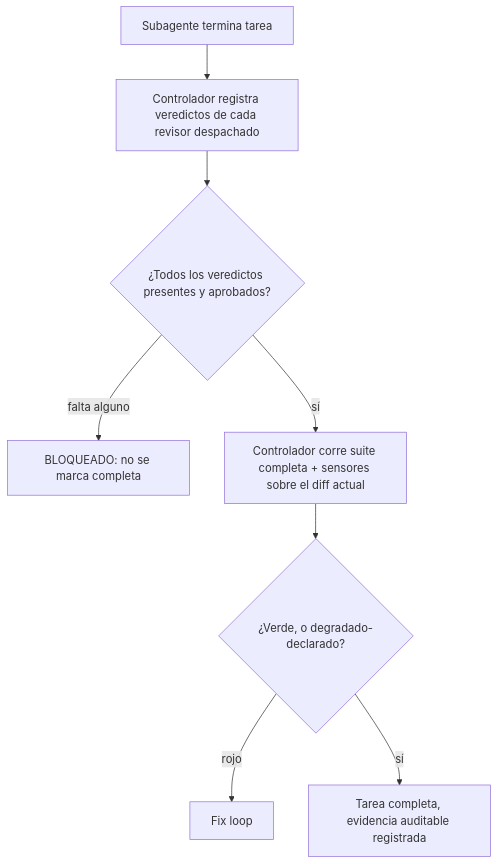
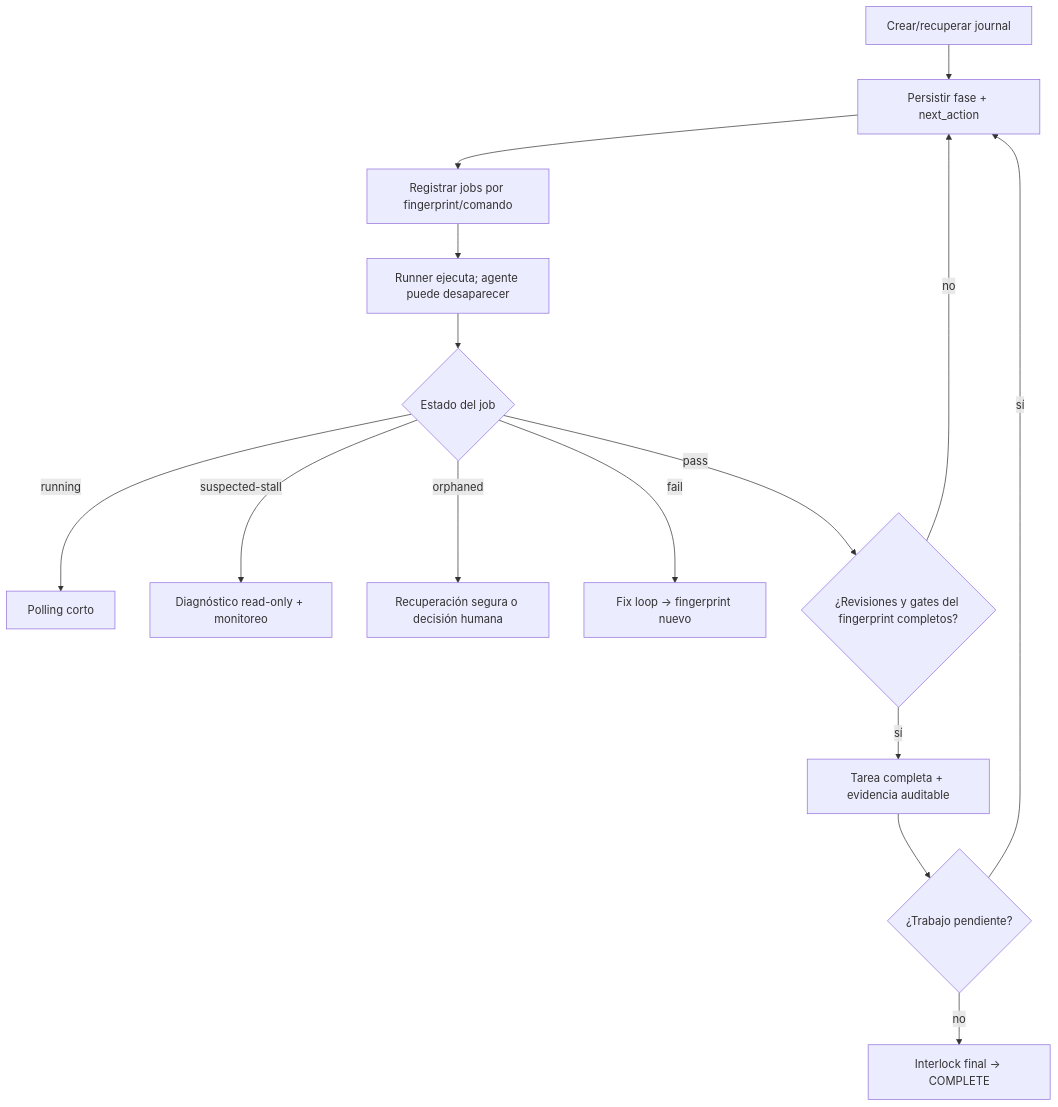
Before and after one commit to Kodria/agentic-workflow: the second of 2 diagrams in docs/plans/2026-07-30-sdd-cycle-optimization-brief.md, drawn with Mermaid. The commit also changed other lines of this file, not shown here.

````diff
--- a/docs/plans/2026-07-30-sdd-cycle-optimization-brief.md
+++ b/docs/plans/2026-07-30-sdd-cycle-optimization-brief.md
@@ -120,10 +146,17 @@
 ```mermaid
 flowchart TD
-    A[Subagente termina tarea] --> B[Controlador registra veredictos de cada revisor despachado]
-    B --> C{¿Todos los veredictos presentes y aprobados?}
-    C -->|falta alguno| D[BLOQUEADO: no se marca completa]
-    C -->|sí| E[Controlador corre suite completa + sensores sobre el diff actual]
-    E --> F{¿Verde, o degradado-declarado?}
-    F -->|rojo| G[Fix loop]
-    F -->|sí| H[Tarea completa, evidencia auditable registrada]
+    A[Crear/recuperar journal] --> B[Persistir fase + next_action]
+    B --> C[Registrar jobs por fingerprint/comando]
+    C --> D[Runner ejecuta; agente puede desaparecer]
+    D --> E{Estado del job}
+    E -->|running| F[Polling corto]
+    E -->|suspected-stall| G[Diagnóstico read-only + monitoreo]
+    E -->|orphaned| H[Recuperación segura o decisión humana]
+    E -->|fail| I[Fix loop → fingerprint nuevo]
+    E -->|pass| J{¿Revisiones y gates del fingerprint completos?}
+    J -->|no| B
+    J -->|sí| K[Tarea completa + evidencia auditable]
+    K --> L{¿Trabajo pendiente?}
+    L -->|sí| B
+    L -->|no| M[Interlock final → COMPLETE]
 ```
````
